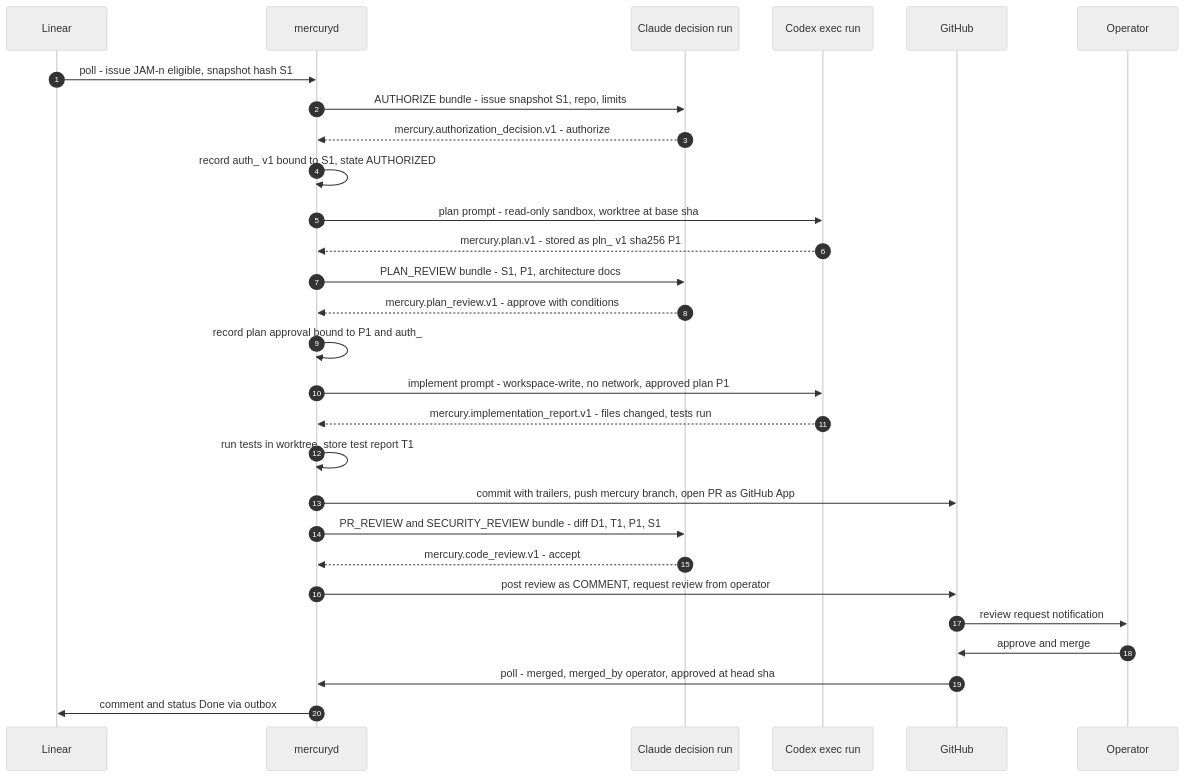
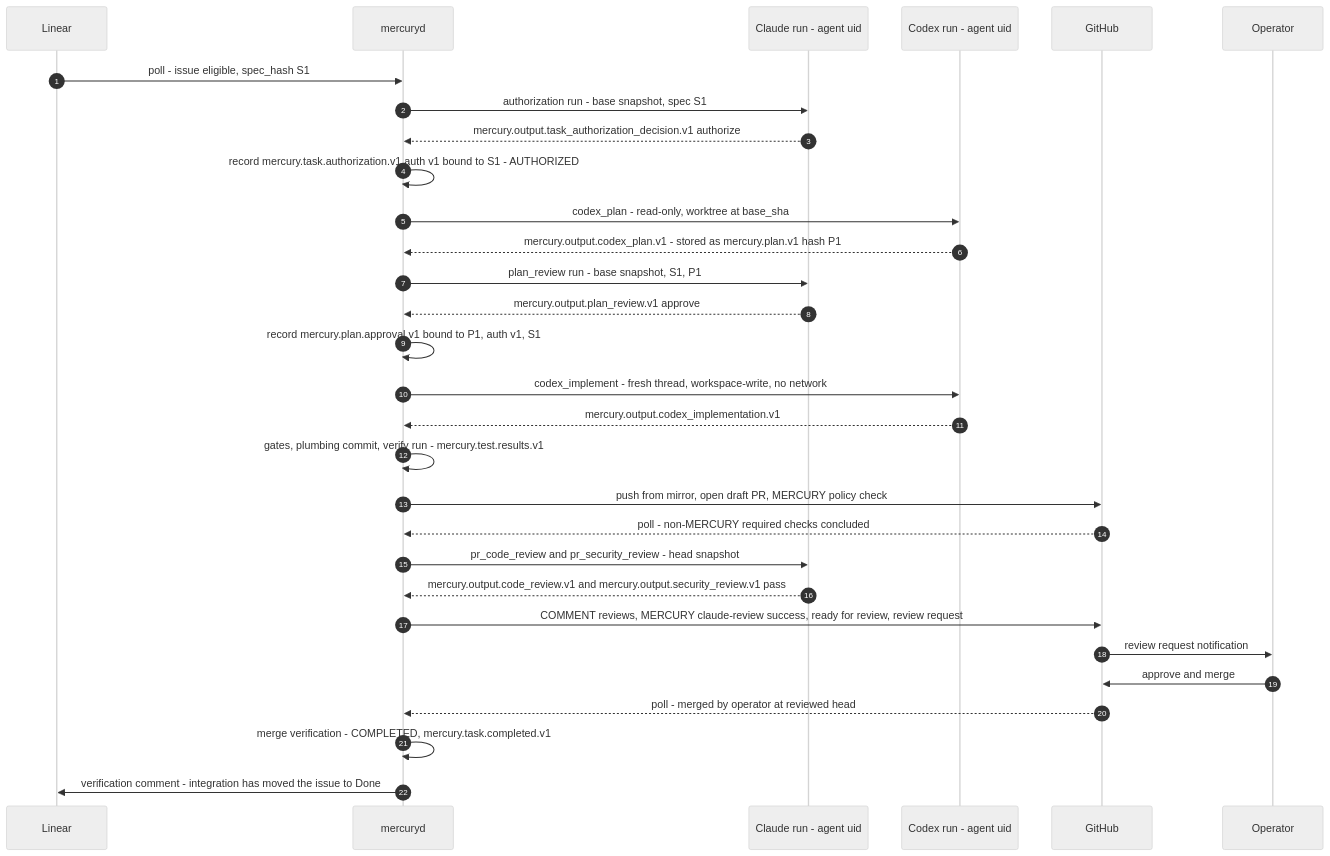
Before and after one commit to usjbro/Project-Mercury: the fourth of 4 diagrams in docs/mercury/architecture/overview.md, drawn with Mermaid (neutral theme). The commit also changed other lines of this file and 28 other files, not shown here.

First line of the commit message:
docs(mercury): phase 4 threat model revision (agent E)

````diff
--- a/docs/mercury/architecture/overview.md
+++ b/docs/mercury/architecture/overview.md
@@ -314,31 +349,33 @@
 ```mermaid
 sequenceDiagram
     autonumber
     participant L as Linear
     participant M as mercuryd
-    participant C as Claude decision run
-    participant X as Codex exec run
+    participant C as Claude run - agent uid
+    participant X as Codex run - agent uid
     participant G as GitHub
     participant H as Operator
 
-    L->>M: poll - issue JAM-n eligible, snapshot hash S1
-    M->>C: AUTHORIZE bundle - issue snapshot S1, repo, limits
-    C-->>M: mercury.authorization_decision.v1 - authorize
-    M->>M: record auth_ v1 bound to S1, state AUTHORIZED
-    M->>X: plan prompt - read-only sandbox, worktree at base sha
-    X-->>M: mercury.plan.v1 - stored as pln_ v1 sha256 P1
-    M->>C: PLAN_REVIEW bundle - S1, P1, architecture docs
-    C-->>M: mercury.plan_review.v1 - approve with conditions
-    M->>M: record plan approval bound to P1 and auth_
-    M->>X: implement prompt - workspace-write, no network, approved plan P1
-    X-->>M: mercury.implementation_report.v1 - files changed, tests run
-    M->>M: run tests in worktree, store test report T1
-    M->>G: commit with trailers, push mercury branch, open PR as GitHub App
-    M->>C: PR_REVIEW and SECURITY_REVIEW bundle - diff D1, T1, P1, S1
-    C-->>M: mercury.code_review.v1 - accept
-    M->>G: post review as COMMENT, request review from operator
+    L->>M: poll - issue eligible, spec_hash S1
+    M->>C: authorization run - base snapshot, spec S1
+    C-->>M: mercury.output.task_authorization_decision.v1 authorize
+    M->>M: record mercury.task.authorization.v1 auth v1 bound to S1 - AUTHORIZED
+    M->>X: codex_plan - read-only, worktree at base_sha
+    X-->>M: mercury.output.codex_plan.v1 - stored as mercury.plan.v1 hash P1
+    M->>C: plan_review run - base snapshot, S1, P1
+    C-->>M: mercury.output.plan_review.v1 approve
+    M->>M: record mercury.plan.approval.v1 bound to P1, auth v1, S1
+    M->>X: codex_implement - fresh thread, workspace-write, no network
+    X-->>M: mercury.output.codex_implementation.v1
+    M->>M: gates, plumbing commit, verify run - mercury.test.results.v1
+    M->>G: push from mirror, open draft PR, MERCURY policy check
+    G-->>M: poll - non-MERCURY required checks concluded
+    M->>C: pr_code_review and pr_security_review - head snapshot
+    C-->>M: mercury.output.code_review.v1 and mercury.output.security_review.v1 pass
+    M->>G: COMMENT reviews, MERCURY claude-review success, ready for review, review request
     G->>H: review request notification
     H->>G: approve and merge
-    G->>M: poll - merged, merged_by operator, approved at head sha
-    M->>L: comment and status Done via outbox
+    G-->>M: poll - merged by operator at reviewed head
+    M->>M: merge verification - COMPLETED, mercury.task.completed.v1
+    M->>L: verification comment - integration has moved the issue to Done
 ```
````
